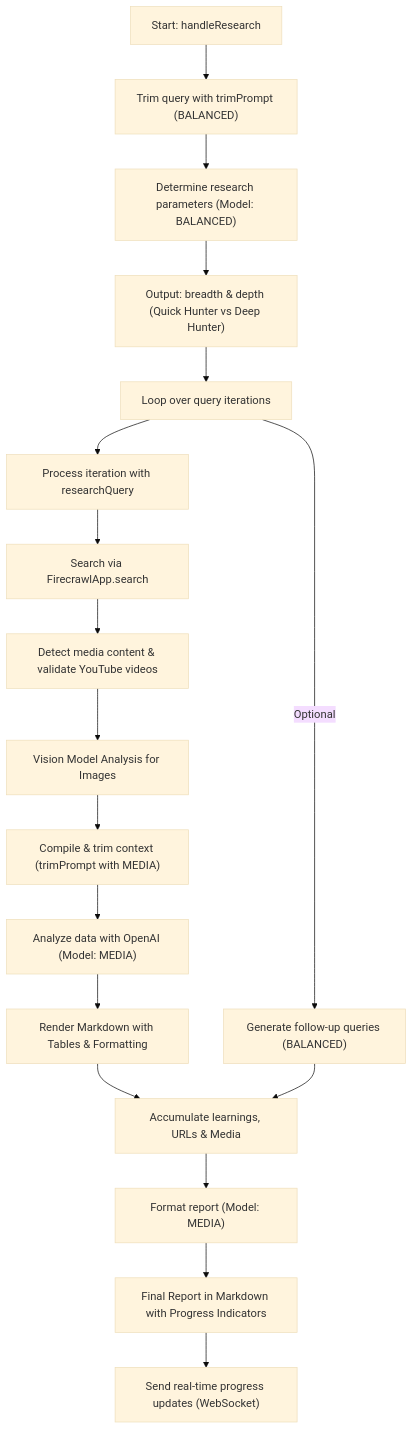
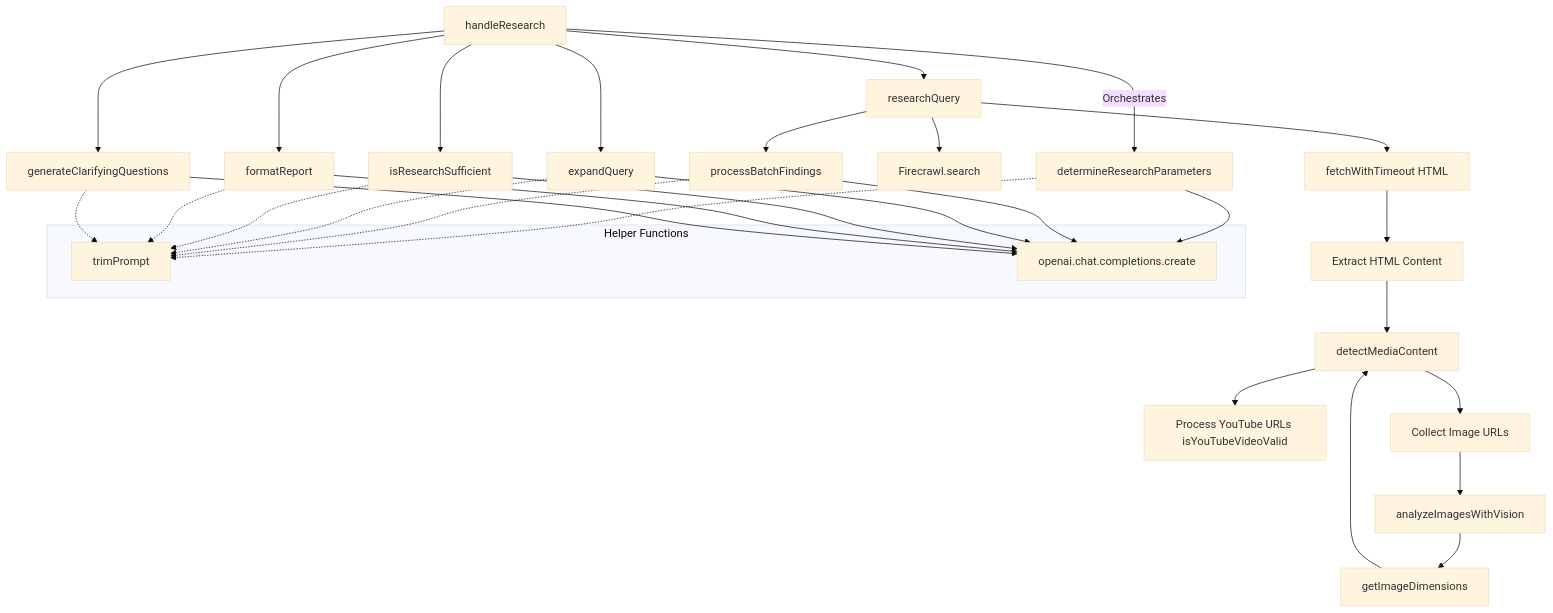
The diagram in README.md (meffordh/KnowledgeHunter), drawn with Mermaid (base theme) before and after one commit. The commit also changed 1 other file, not shown here.

Commit message:
optimizations and auto re query with ai feedback

````diff
--- a/README.md
+++ b/README.md
@@ -30,38 +30,48 @@
 ```mermaid
 flowchart TD
-    A["Start: handleResearch"]
-    B["Trim query with trimPrompt (BALANCED)"]
-    C["Determine research parameters (Model: BALANCED)"]
-    D["Output: breadth & depth (Quick Hunter vs Deep Hunter)"]
-    E["Loop over query iterations"]
-    F["Process iteration with researchQuery"]
-    G["Search via FirecrawlApp.search"]
-    H["Detect media content & validate YouTube videos"]
-    I["Vision Model Analysis for Images"]
-    J["Compile & trim context (trimPrompt with MEDIA)"]
-    K["Analyze data with OpenAI (Model: MEDIA)"]
-    L["Render Markdown with Tables & Formatting"]
-    M["Generate follow-up queries (BALANCED)"]
-    N["Accumulate learnings, URLs & Media"]
-    O["Format report (Model: MEDIA)"]
-    P["Final Report in Markdown with Progress Indicators"]
-    Q["Send real-time progress updates (WebSocket)"]
+  %% Main Entry Point
+  A[handleResearch] -->|Orchestrates| B[determineResearchParameters]
+  A --> C[researchQuery]
+  A --> D[expandQuery]
+  A --> E[isResearchSufficient]
+  A --> F[formatReport]
+  A --> G[generateClarifyingQuestions]
 
-    A --> B
-    B --> C
-    C --> D
-    D --> E
-    E --> F
-    F --> G
-    G --> H
-    H --> I
-    I --> J
-    J --> K
-    K --> L
-    L --> N
-    E -- Optional --> M
-    M --> N
-    N --> O
-    O --> P
-    P --> Q
+  %% researchQuery subflow
+  C --> H[Firecrawl.search]
+  C --> I[fetchWithTimeout HTML]
+  I --> J[Extract HTML Content]
+  J --> K[detectMediaContent]
+
+  %% detectMediaContent subflow
+  K --> L[Process YouTube URLs isYouTubeVideoValid]
+  K --> M[Collect Image URLs]
+  M --> N[analyzeImagesWithVision]
+  N --> O[getImageDimensions]
+  O --> K
+
+  %% Post-processing in researchQuery
+  C --> P[processBatchFindings]
+
+  %% Helper Functions used across flows
+  B -.-> Q[trimPrompt]
+  P -.-> Q
+  D -.-> Q
+  E -.-> Q
+  F -.-> Q
+  G -.-> Q
+
+  %% All OpenAI API calls use the completions.create helper
+  B --> R[openai.chat.completions.create]
+  P --> R
+  D --> R
+  E --> R
+  F --> R
+  G --> R
+
+  %% Labels for clarity
+  subgraph Helpers [Helper Functions]
+    Q[trimPrompt]
+    R[openai.chat.completions.create]
+  end
 ```
````
